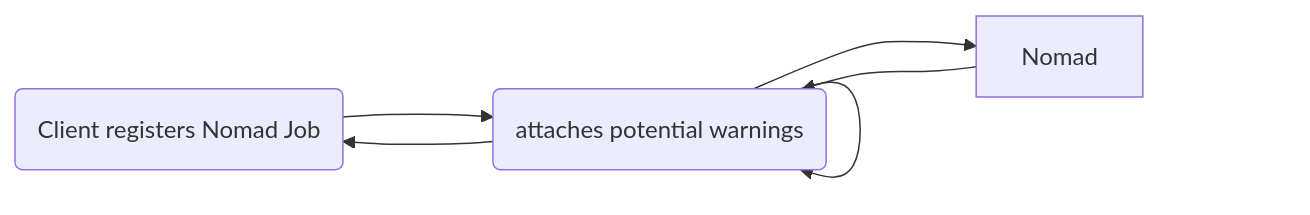
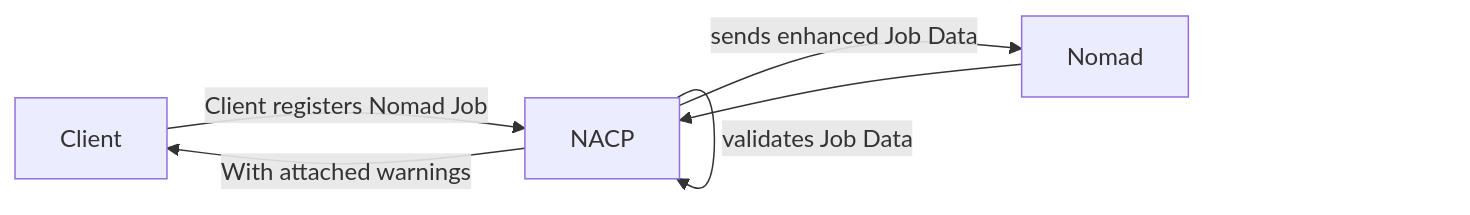
Before and after one commit to mxab/nacp: the diagram in README.md, drawn with Mermaid.

````diff
--- a/README.md
+++ b/README.md
@@ -14,12 +14,12 @@
 ```mermaid
 
 flowchart LR
 
-    Client(Client registers Nomad Job) ---> NACP
-    NACP(mutates Job Data) ---> NACP
-    NACP(validates Job Data) ---> NACP
-    NACP(sends enhanced job) ---> Nomad
-    Nomad ---> NACP(attaches potential warnings)
-    NACP ---> Client
+    Client -->|Client registers Nomad Job| NACP
+    NACP -->|mutates Job Data| NACP
+    NACP -->|validates Job Data| NACP
+    NACP -->|sends enhanced Job Data| Nomad
+    Nomad --> NACP
+    NACP -->|With attached warnings| Client
 
 ```
````
